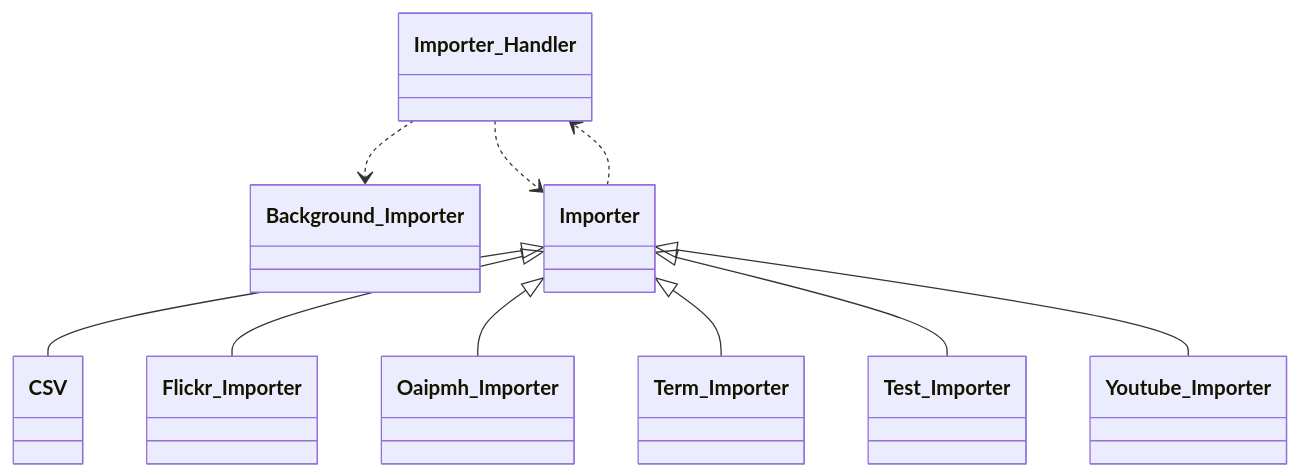
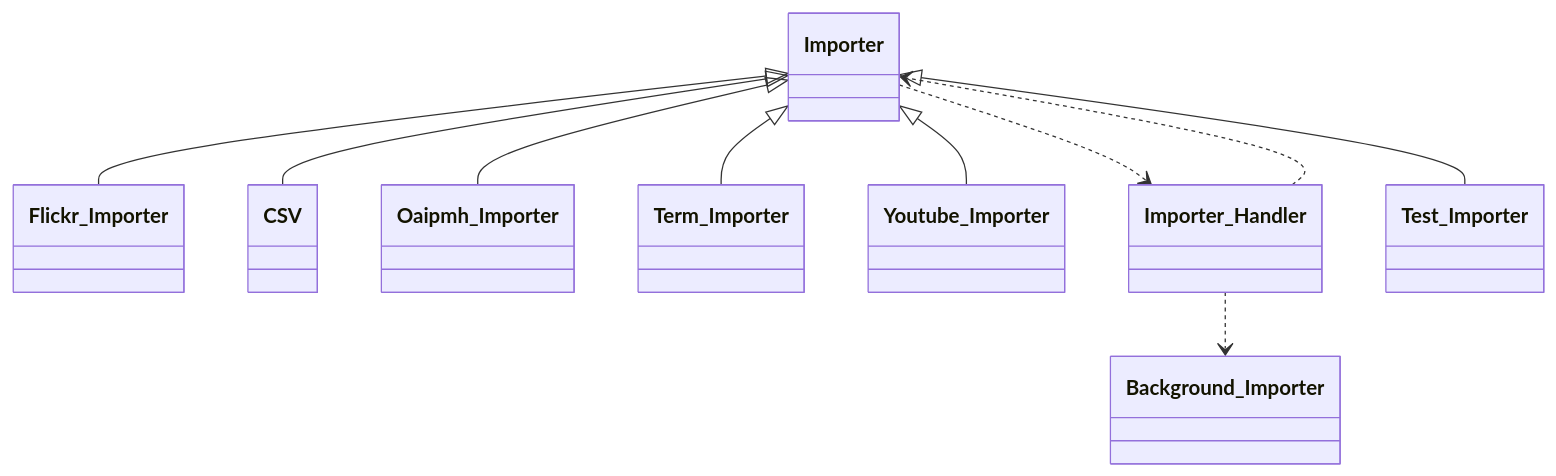
The diagram in docs/diagrams/tainacan-namespace-Tainacan-Importer.mmd (tainacan/tainacan), drawn with Mermaid before and after one commit. The commit also changed other lines of this file and 74 other files, not shown here.

```diff
--- a/docs/diagrams/tainacan-namespace-Tainacan-Importer.mmd
+++ b/docs/diagrams/tainacan-namespace-Tainacan-Importer.mmd
@@ -1,20 +1,20 @@
 classDiagram
     direction TB
-    class Youtube_Importer { }
-    class Test_Importer { }
     class Flickr_Importer { }
+    class CSV { }
     class Background_Importer { }
-    class Importer_Handler { }
+    class Oaipmh_Importer { }
     class Importer { }
     class Term_Importer { }
-    class Oaipmh_Importer { }
-    class CSV { }
+    class Youtube_Importer { }
+    class Importer_Handler { }
+    class Test_Importer { }
     Importer ..> Importer_Handler
     Importer <|-- CSV
     Importer <|-- Flickr_Importer
     Importer <|-- Oaipmh_Importer
     Importer <|-- Term_Importer
     Importer <|-- Test_Importer
     Importer <|-- Youtube_Importer
     Importer_Handler ..> Background_Importer
     Importer_Handler ..> Importer
```
